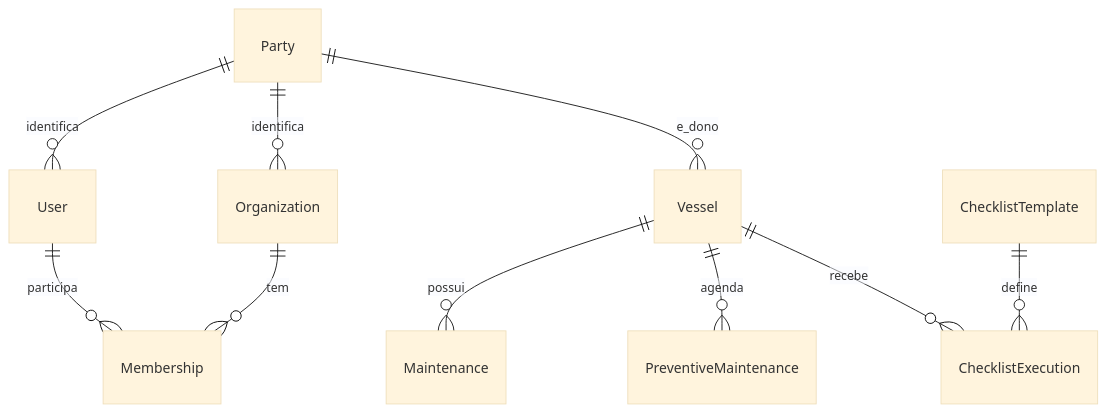
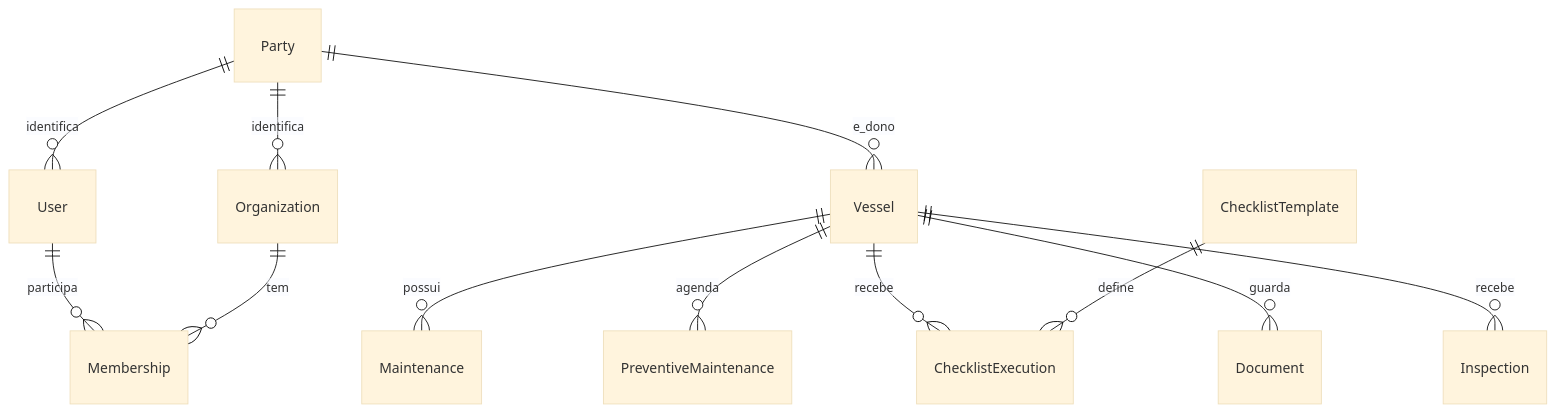
The diagram in docs/architecture/database.md (luis-botelho/safeanchor-monorepo), drawn with Mermaid (base theme) before and after one commit. The commit also changed other lines of this file and 5 other files, not shown here.

Commit message:
docs(architecture): align domain, flows and study guide with real API

````diff
--- a/docs/architecture/database.md
+++ b/docs/architecture/database.md
@@ -25,12 +31,14 @@
 ```mermaid
 erDiagram
   Party ||--o{ User : identifica
   Party ||--o{ Organization : identifica
   Party ||--o{ Vessel : e_dono
   User ||--o{ Membership : participa
   Organization ||--o{ Membership : tem
   Vessel ||--o{ Maintenance : possui
   Vessel ||--o{ PreventiveMaintenance : agenda
   Vessel ||--o{ ChecklistExecution : recebe
+  Vessel ||--o{ Document : guarda
+  Vessel ||--o{ Inspection : recebe
   ChecklistTemplate ||--o{ ChecklistExecution : define
 ```
````
